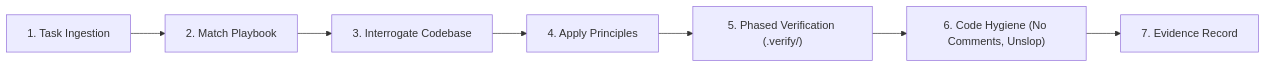
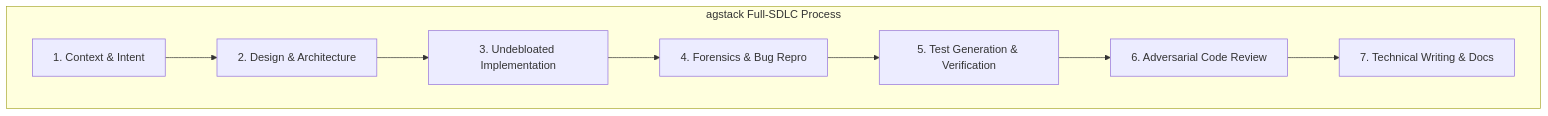
One commit to autonomic-ai-dev/agent-registry changed the diagram in packages/agstack/.cursor/skills/agstack-mode/SKILL.md. Above: the diagram before and after it, drawn with Mermaid. The commit also changed other lines of this file and 27 other files, not shown here.

Commit message:
feat(agstack): expand to full-SDLC operating system (intent, design, forensics, test-generation, review, technical-writing)

````diff
--- a/packages/agstack/.cursor/skills/agstack-mode/SKILL.md
+++ b/packages/agstack/.cursor/skills/agstack-mode/SKILL.md
@@ -15,9 +11,11 @@
 ```mermaid
-flowchart LR
-    Task["1. Task Ingestion"] --> Playbook["2. Match Playbook"]
-    Playbook --> Interrogate["3. Interrogate Codebase"]
-    Interrogate --> Grounding["4. Apply Principles"]
-    Grounding --> Verify["5. Phased Verification (.verify/)"]
-    Verify --> Hygiene["6. Code Hygiene (No Comments, Unslop)"]
-    Hygiene --> Evidence["7. Evidence Record"]
+flowchart TD
+    subgraph SDLC ["agstack Full-SDLC Process"]
+        P1["1. Context & Intent"] --> P2["2. Design & Architecture"]
+        P2 --> P3["3. Undebloated Implementation"]
+        P3 --> P4["4. Forensics & Bug Repro"]
+        P4 --> P5["5. Test Generation & Verification"]
+        P5 --> P6["6. Adversarial Code Review"]
+        P6 --> P7["7. Technical Writing & Docs"]
+    end
 ```
````
